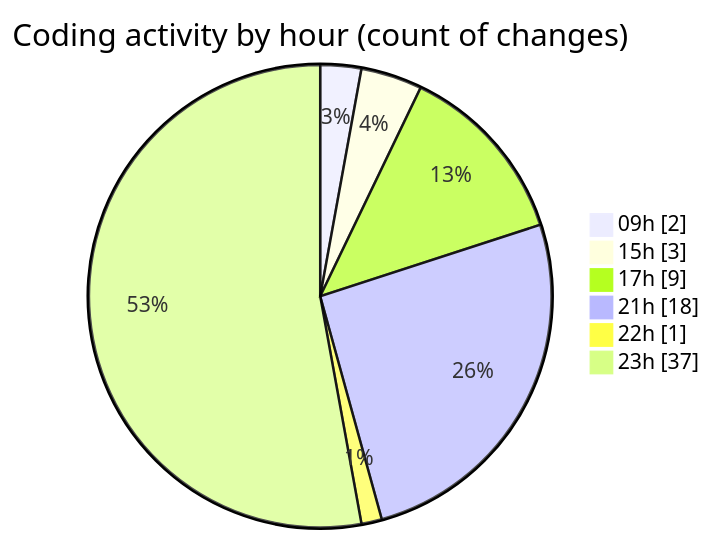
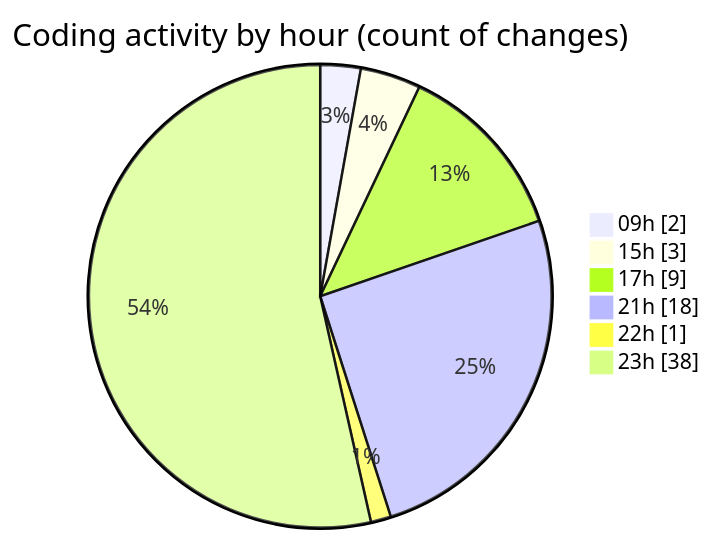
One commit to julien-gomy/code-tracking changed the second of 2 diagrams in 2025-10-20/eventscop-frontend-guide__workspace_/README.md. Above: the diagram before and after it, drawn with Mermaid. The commit also changed other lines of this file and 1 other file, not shown here.

````diff
--- a/2025-10-20/eventscop-frontend-guide__workspace_/README.md
+++ b/2025-10-20/eventscop-frontend-guide__workspace_/README.md
@@ -47,10 +47,10 @@
 ```mermaid
 pie showData
 title Coding activity by hour (count of changes)
 "09h" : 2
 "15h" : 3
 "17h" : 9
 "21h" : 18
 "22h" : 1
-"23h" : 37
+"23h" : 38
 ```
````
